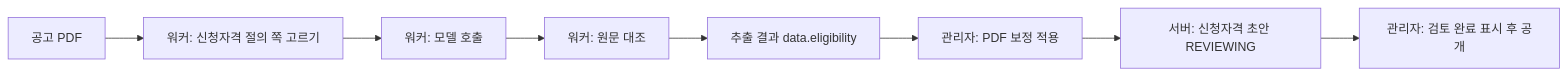
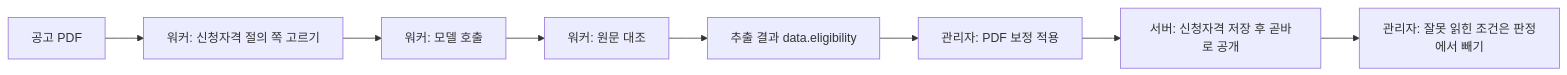
One commit to woowacourse-teams/2026-toadzip changed the diagram in docs/features/eligibility/extraction.md. Above: the diagram before and after it, drawn with Mermaid. The commit also changed other lines of this file and 32 other files, not shown here.

````diff
--- a/docs/features/eligibility/extraction.md
+++ b/docs/features/eligibility/extraction.md
@@ -9,10 +9,10 @@
 ```mermaid
 flowchart LR
     A[공고 PDF] --> B[워커: 신청자격 절의 쪽 고르기]
     B --> C[워커: 모델 호출]
     C --> D[워커: 원문 대조]
     D --> E[추출 결과 data.eligibility]
     E --> F[관리자: PDF 보정 적용]
-    F --> G[서버: 신청자격 초안 REVIEWING]
-    G --> H[관리자: 검토 완료 표시 후 공개]
+    F --> G[서버: 신청자격 저장 후 곧바로 공개]
+    G --> H[관리자: 잘못 읽힌 조건은 판정에서 빼기]
 ```
````
